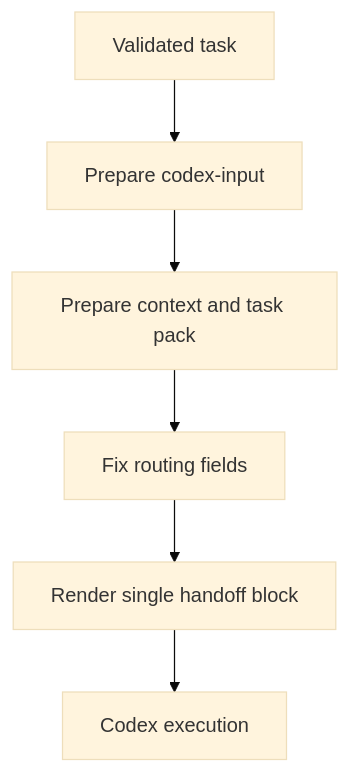
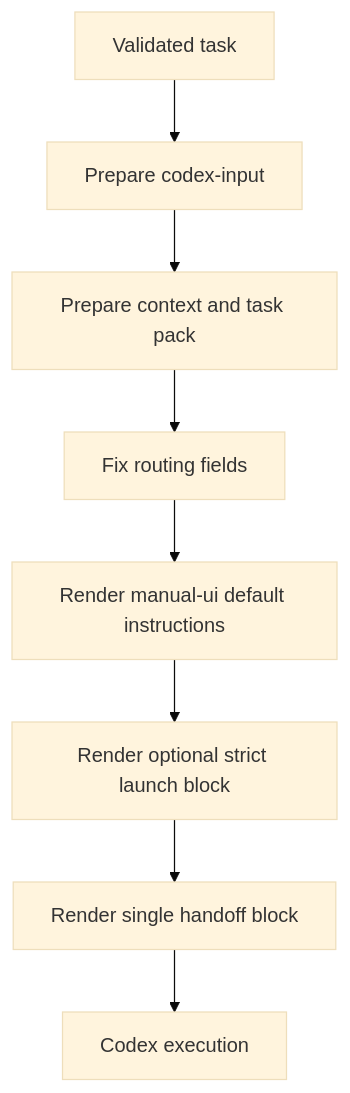
The sixth of 13 diagrams in docs/template-architecture-and-event-workflows.md (mppcoder/factory-template), drawn with Mermaid (base theme) before and after one commit. The commit also changed other lines of this file and 39 other files, not shown here.

Commit message:
fix: Make VS Code Codex handoff UI-first by default

````diff
--- a/docs/template-architecture-and-event-workflows.md
+++ b/docs/template-architecture-and-event-workflows.md
@@ -351,8 +351,10 @@
 ```mermaid
 flowchart TD
     A[Validated task] --> B[Prepare codex-input]
     B --> C[Prepare context and task pack]
     C --> D[Fix routing fields]
-    D --> E[Render single handoff block]
-    E --> F[Codex execution]
+    D --> E[Render manual-ui default instructions]
+    E --> F[Render optional strict launch block]
+    F --> G[Render single handoff block]
+    G --> H[Codex execution]
 ```
````
